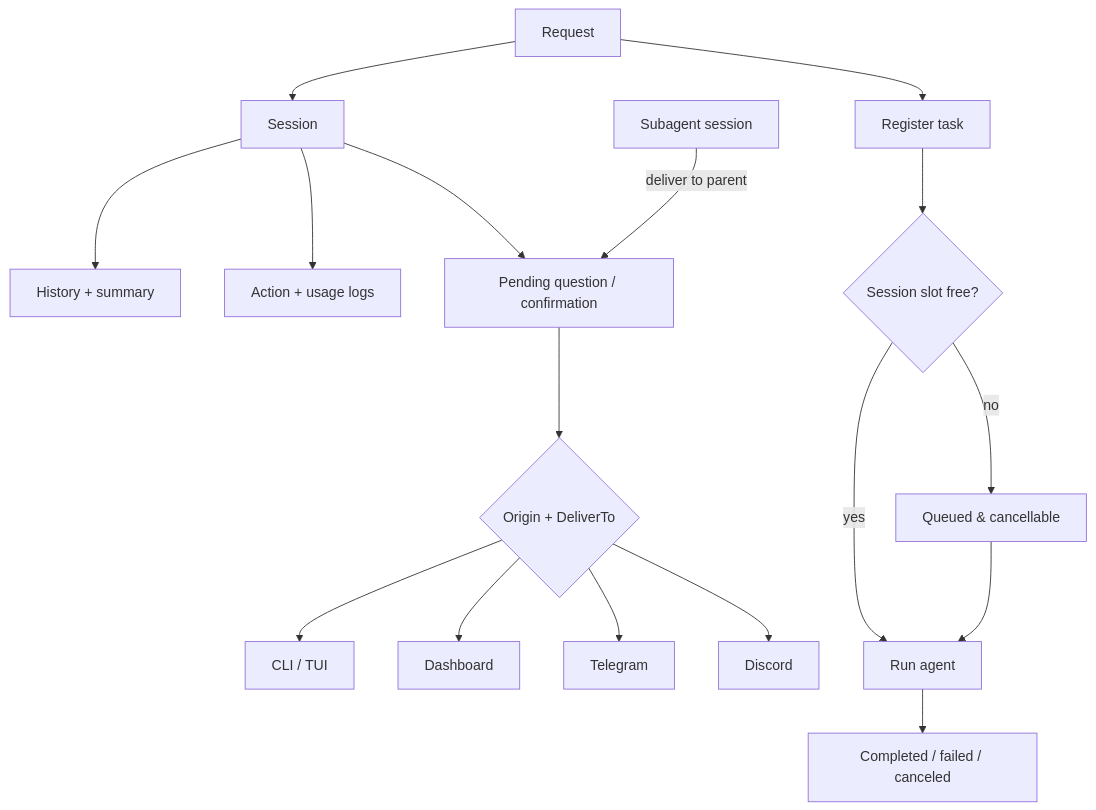
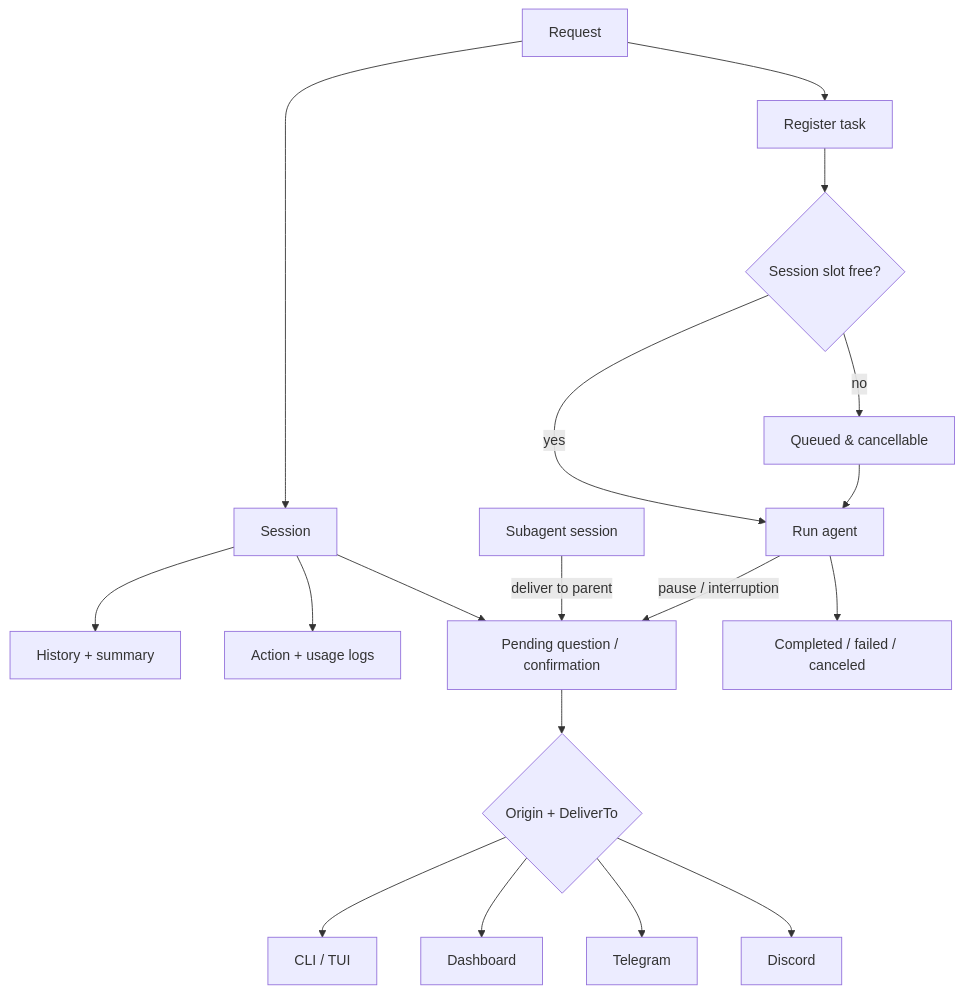
Before and after one commit to agenvoy/Agenvoy: the fifth of 9 diagrams in doc/architecture.md, drawn with Mermaid. The commit also changed other lines of this file and 5 other files, not shown here.

````diff
--- a/doc/architecture.md
+++ b/doc/architecture.md
@@ -89,19 +89,20 @@
 ```mermaid
 graph TB
     Request[Request] --> Session[Session]
     Session --> History[History + summary]
     Session --> Logs[Action + usage logs]
     Session --> Pending[Pending question / confirmation]
     Pending --> Routing{Origin + DeliverTo}
     Routing --> CLI[CLI / TUI]
     Routing --> Web[Dashboard]
     Routing --> TG[Telegram]
     Routing --> DC[Discord]
     Subagent[Subagent session] -->|deliver to parent| Pending
     Request --> Register[Register task]
     Register --> Gate{Session slot free?}
     Gate -->|yes| Execute[Run agent]
     Gate -->|no| Queue[Queued & cancellable]
     Queue --> Execute
     Execute --> Finish[Completed / failed / canceled]
+    Execute -->|pause / interruption| Pending
 ```
````
